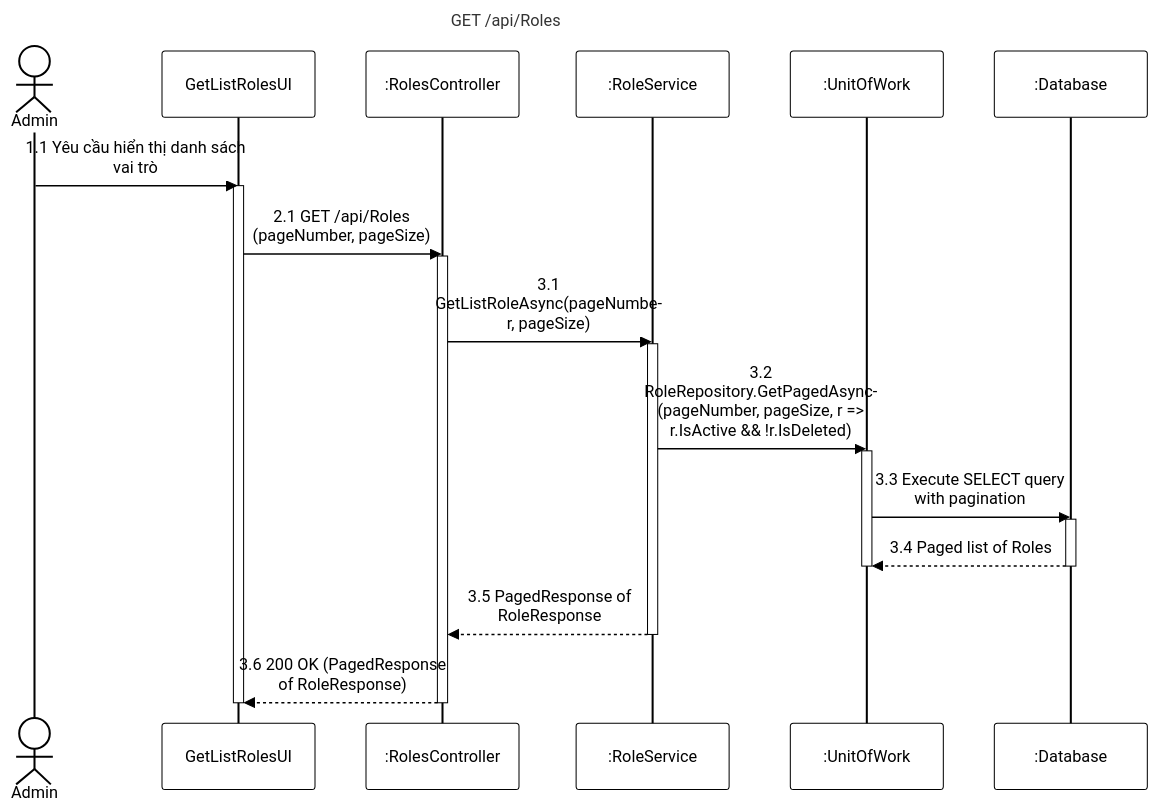
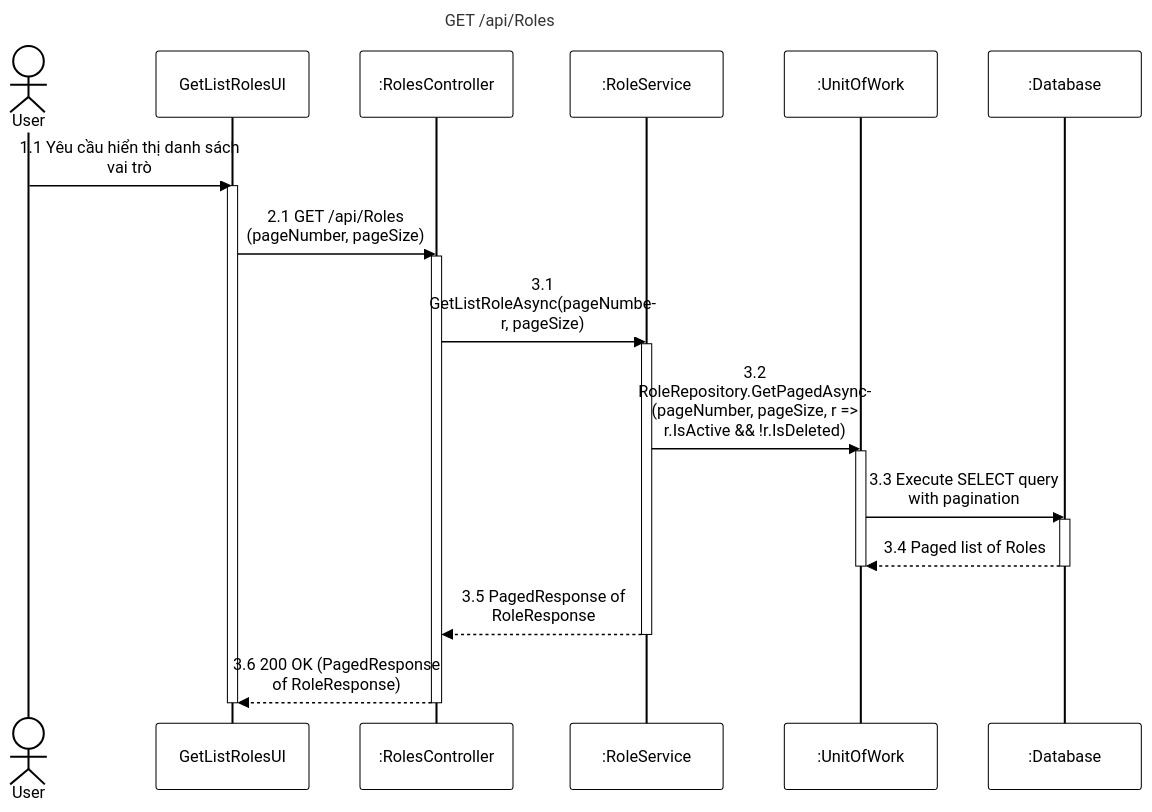
One commit to PhucAnDev/docx-diagram changed the diagram in 02-user-role-management/sequence-diagram/apis/get-list-roles.mmd. Above: the diagram before and after it, drawn with Mermaid. The commit also changed 13 other files, not shown here.

Commit message:
fix: update sequence diagrams for users and roles to align actors and validation with code

```diff
--- a/02-user-role-management/sequence-diagram/apis/get-list-roles.mmd
+++ b/02-user-role-management/sequence-diagram/apis/get-list-roles.mmd
@@ -1,31 +1,31 @@
 %%{init: {'theme':'base', 'themeVariables': {'actorBkg':'#ffffff','actorBorder':'#000000','actorTextColor':'#000000','actorLineColor':'#000000','signalColor':'#000000','signalTextColor':'#000000','labelBoxBkgColor':'#ffffff','labelBoxBorderColor':'#000000','labelTextColor':'#000000','loopTextColor':'#000000','noteBkgColor':'#ffffff','noteBorderColor':'#000000','noteTextColor':'#000000','activationBorderColor':'#000000','activationBkgColor':'#ffffff','sequenceNumberColor':'#000000'}, 'sequence': {'width':150,'height':65,'actorFontSize':16,'messageFontSize':16,'wrap':true,'wrapPadding':10}}}%%
 sequenceDiagram
     title GET /api/Roles
-    actor Admin as Admin
+    actor User as User
     participant UI as GetListRolesUI
     participant Endpoint as :RolesController
     participant Service as :RoleService
     participant DB as :UnitOfWork
     participant Database as :Database
 
-    Admin->>UI: 1.1 Yêu cầu hiển thị danh sách vai trò
+    User->>UI: 1.1 Yêu cầu hiển thị danh sách vai trò
     activate UI
     UI->>Endpoint: 2.1 GET /api/Roles (pageNumber, pageSize)
     activate Endpoint
 
     Endpoint->>Service: 3.1 GetListRoleAsync(pageNumber, pageSize)
     activate Service
 
     Service->>DB: 3.2 RoleRepository.GetPagedAsync(pageNumber, pageSize, r => r.IsActive && !r.IsDeleted)
     activate DB
     DB->>Database: 3.3 Execute SELECT query with pagination
     activate Database
     Database-->>DB: 3.4 Paged list of Roles
     deactivate Database
     deactivate DB
 
     Service-->>Endpoint: 3.5 PagedResponse of RoleResponse
     deactivate Service
     Endpoint-->>UI: 3.6 200 OK (PagedResponse of RoleResponse)
     deactivate Endpoint
     deactivate UI
```
